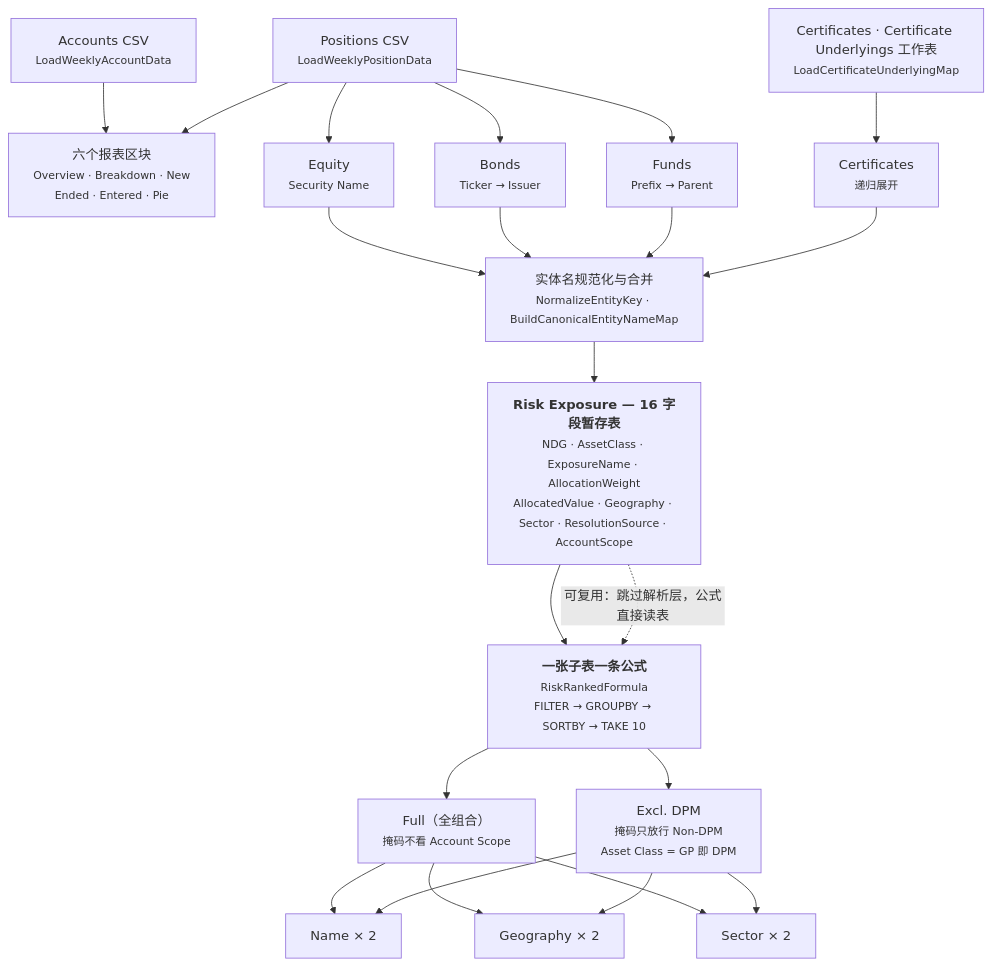
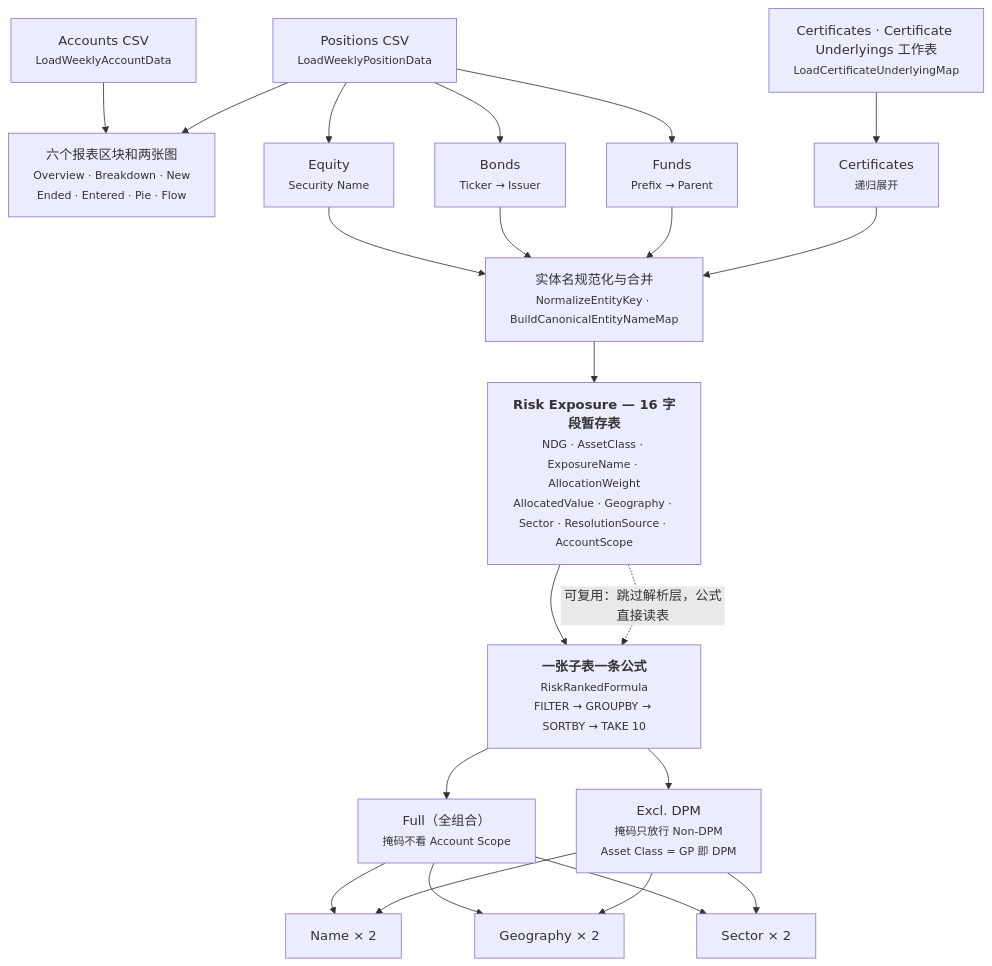
One commit to zhou-ziyang/Lombard-Analyzer changed the diagram in docs/weekly-analysis-generate.md. Above: the diagram before and after it, drawn with Mermaid. The commit also changed other lines of this file and 4 other files, not shown here.

````diff
--- a/docs/weekly-analysis-generate.md
+++ b/docs/weekly-analysis-generate.md
@@ -37,37 +37,37 @@
 ```mermaid
 flowchart TB
     P["Positions CSV<br/><small>LoadWeeklyPositionData</small>"]
     A["Accounts CSV<br/><small>LoadWeeklyAccountData</small>"]
     C["Certificates · Certificate Underlyings 工作表<br/><small>LoadCertificateUnderlyingMap</small>"]
 
-    R["六个报表区块<br/><small>Overview · Breakdown · New<br/>Ended · Entered · Pie</small>"]
+    R["六个报表区块和两张图<br/><small>Overview · Breakdown · New<br/>Ended · Entered · Pie · Flow</small>"]
 
     EQ["Equity<br/><small>Security Name</small>"]
     BD["Bonds<br/><small>Ticker → Issuer</small>"]
     FD["Funds<br/><small>Prefix → Parent</small>"]
     CE["Certificates<br/><small>递归展开</small>"]
 
     NORM["实体名规范化与合并<br/><small>NormalizeEntityKey · BuildCanonicalEntityNameMap</small>"]
 
     STAGE["<b>Risk Exposure — 16 字段暂存表</b><br/><small>NDG · AssetClass · ExposureName · AllocationWeight<br/>AllocatedValue · Geography · Sector · ResolutionSource · AccountScope</small>"]
 
     FML["<b>一张子表一条公式</b><br/><small>RiskRankedFormula<br/>FILTER → GROUPBY → SORTBY → TAKE 10</small>"]
     FULL["Full（全组合）<br/><small>掩码不看 Account Scope</small>"]
     EXD["Excl. DPM<br/><small>掩码只放行 Non-DPM<br/>Asset Class = GP 即 DPM</small>"]
 
     T1["Name × 2"]
     T2["Geography × 2"]
     T3["Sector × 2"]
 
     P --> EQ & BD & FD
     A --> R
     P --> R
     C --> CE
     EQ & BD & FD & CE --> NORM
     NORM --> STAGE
     STAGE --> FML
     STAGE -. 可复用：跳过解析层，公式直接读表 .-> FML
     FML --> FULL & EXD
     FULL --> T1 & T2 & T3
     EXD --> T1 & T2 & T3
 ```
````
